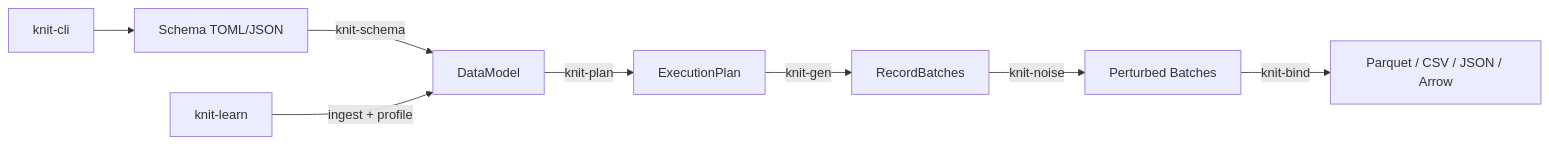
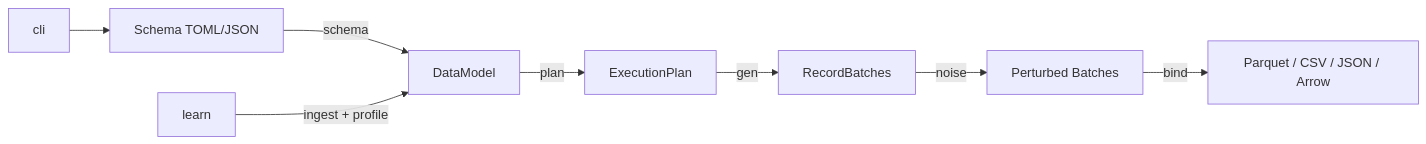
One commit to Yaming-Hub/knit changed the diagram in README.md. Above: the diagram before and after it, drawn with Mermaid. The commit also changed other lines of this file and 243 other files, not shown here.

````diff
--- a/README.md
+++ b/README.md
@@ -47,10 +62,10 @@
 ```mermaid
 graph LR
-    A[Schema TOML/JSON] -->|knit-schema| B[DataModel]
-    B -->|knit-plan| C[ExecutionPlan]
-    C -->|knit-gen| D[RecordBatches]
-    D -->|knit-noise| E[Perturbed Batches]
-    E -->|knit-bind| F[Parquet / CSV / JSON / Arrow]
-    G[knit-learn] -->|ingest + profile| B
-    H[knit-cli] --> A
+    A[Schema TOML/JSON] -->|schema| B[DataModel]
+    B -->|plan| C[ExecutionPlan]
+    C -->|gen| D[RecordBatches]
+    D -->|noise| E[Perturbed Batches]
+    E -->|bind| F[Parquet / CSV / JSON / Arrow]
+    G[learn] -->|ingest + profile| B
+    H[cli] --> A
 ```
````
